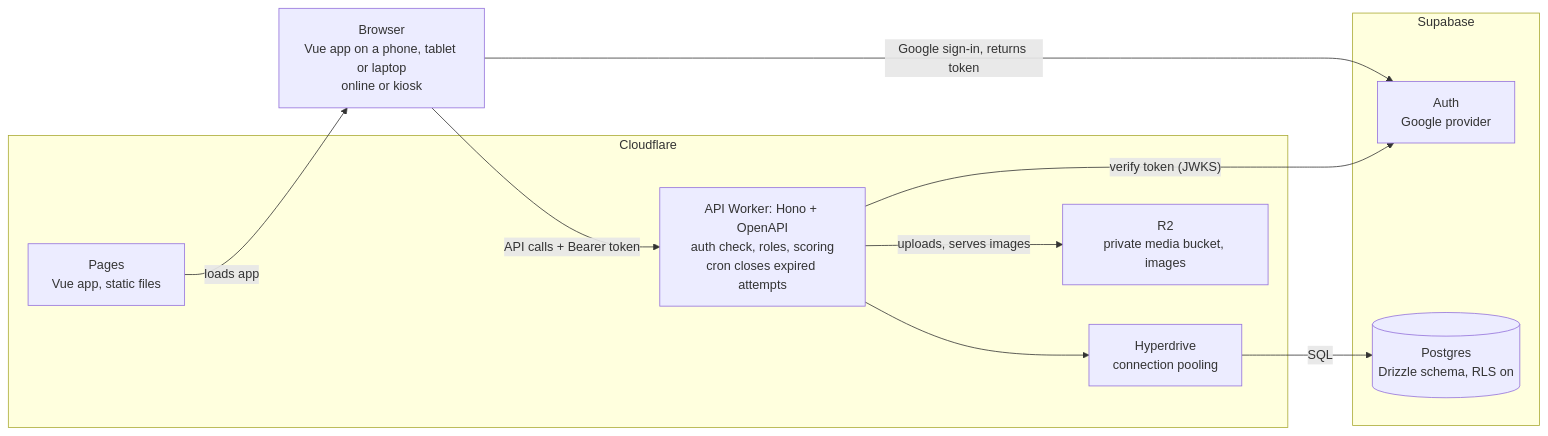
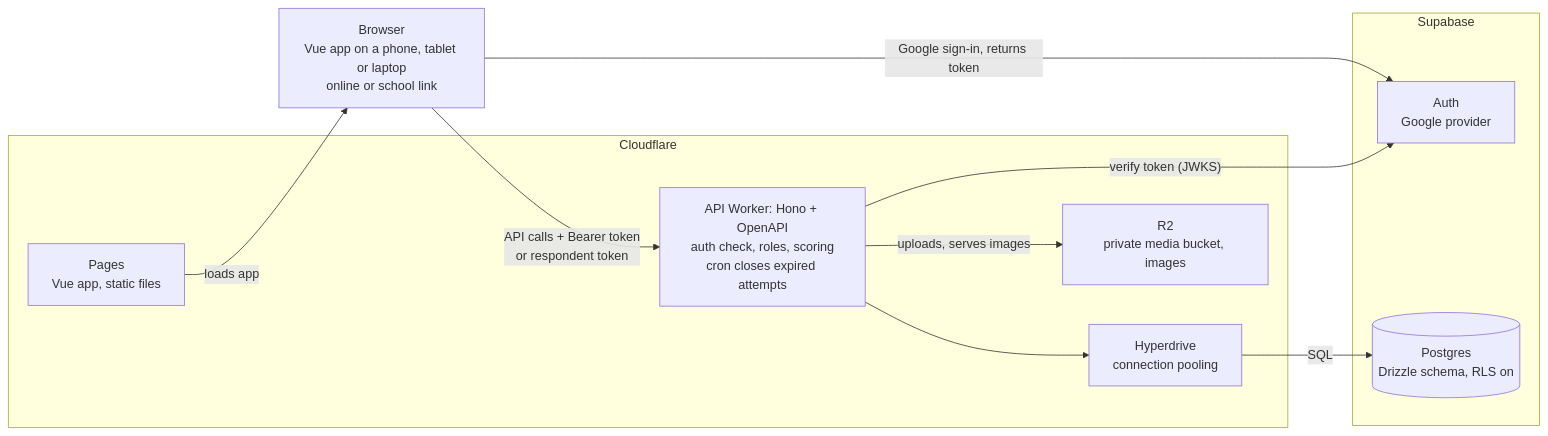
One commit to Cezzyy/Digibridge changed the diagram in docs/TRD.md. Above: the diagram before and after it, drawn with Mermaid. The commit also changed other lines of this file and 2 other files, not shown here.

Commit message:
docs: replace kiosk mode with school links in the PRD, TRD and CLAUDE.md

````diff
--- a/docs/TRD.md
+++ b/docs/TRD.md
@@ -7,21 +7,21 @@
 ```mermaid
 flowchart LR
-  B["Browser<br/>Vue app on a phone, tablet or laptop<br/>online or kiosk"]
+  B["Browser<br/>Vue app on a phone, tablet or laptop<br/>online or school link"]
   subgraph CF["Cloudflare"]
     P["Pages<br/>Vue app, static files"]
     W["API Worker: Hono + OpenAPI<br/>auth check, roles, scoring<br/>cron closes expired attempts"]
     H["Hyperdrive<br/>connection pooling"]
     R["R2<br/>private media bucket, images"]
   end
   subgraph SB["Supabase"]
     A["Auth<br/>Google provider"]
     DB[("Postgres<br/>Drizzle schema, RLS on")]
   end
   P -- "loads app" --> B
   B -- "Google sign-in, returns token" --> A
-  B -- "API calls + Bearer token" --> W
+  B -- "API calls + Bearer token<br/>or respondent token" --> W
   W -- "verify token (JWKS)" --> A
   W -- "uploads, serves images" --> R
   W --> H
   H -- "SQL" --> DB
 ```
````
